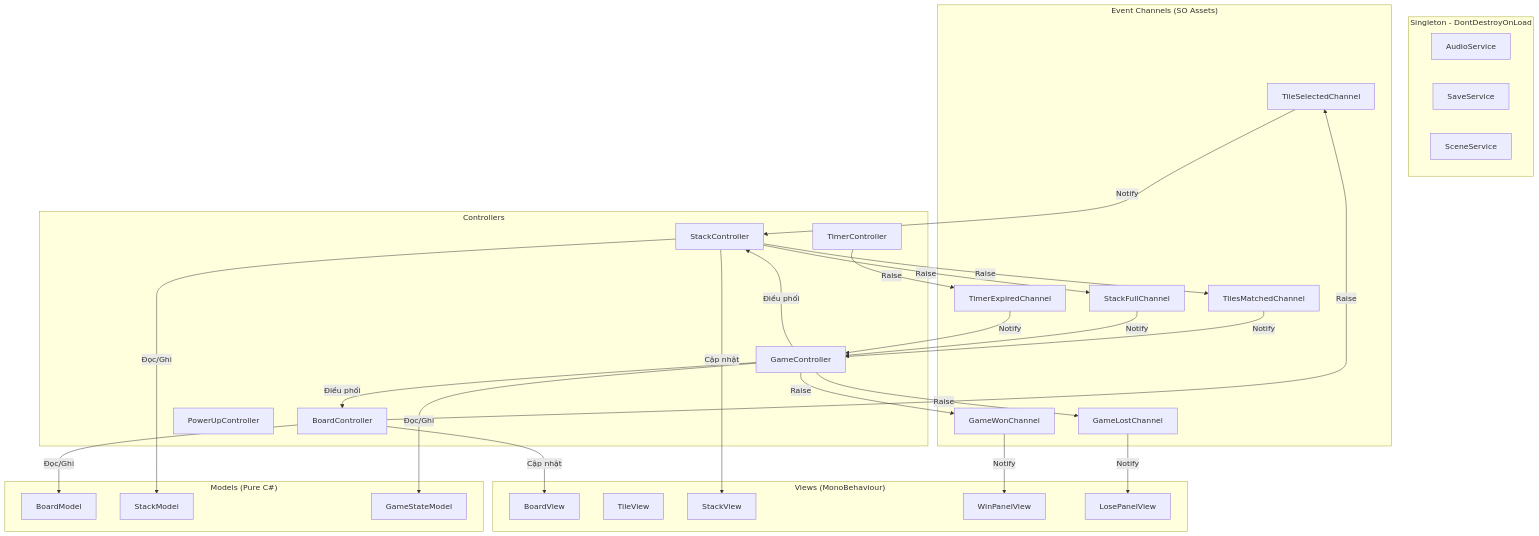
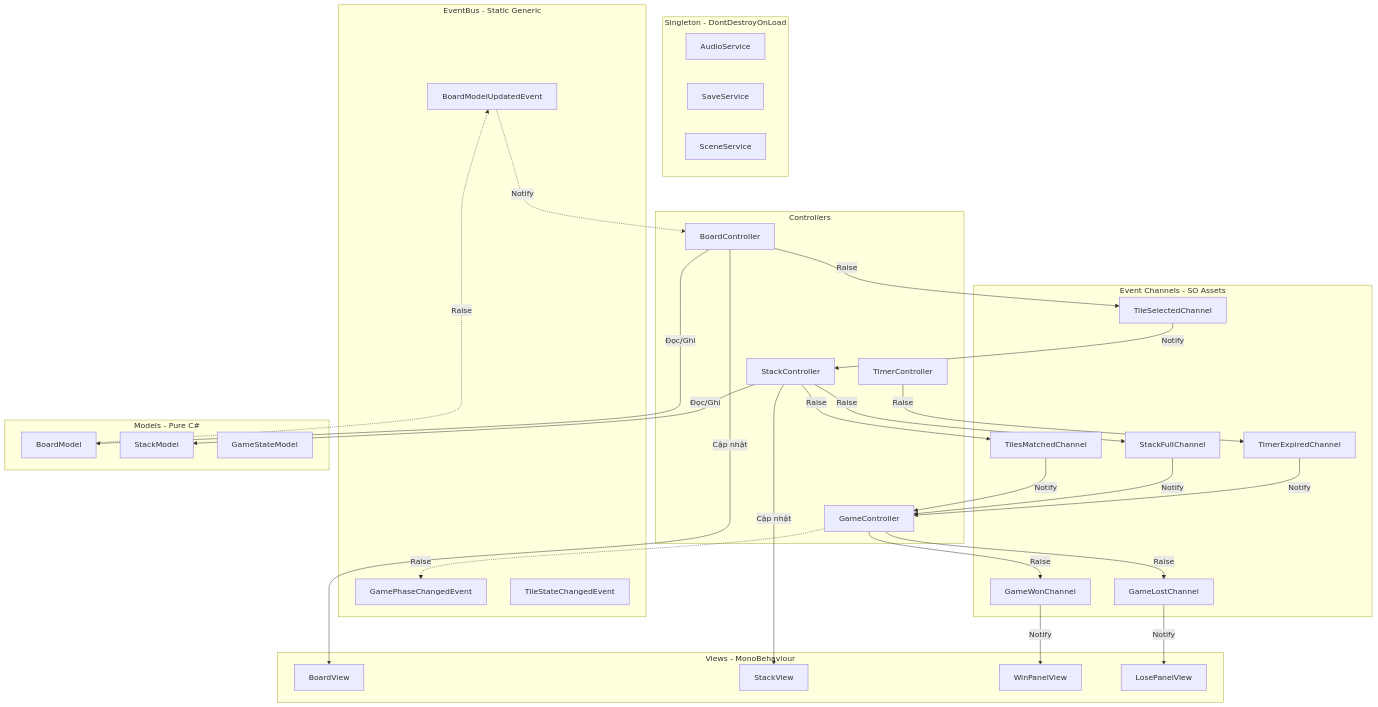
One commit to gcc-dtung/Pirate-Tiles changed the third of 3 diagrams in Assets/Documents/DOCS_PROJECT_STRUCTURE.md. Above: the diagram before and after it, drawn with Mermaid. The commit also changed other lines of this file and 62 other files, not shown here.

Commit message:
update : Add event bus, fix document

````diff
--- a/Assets/Documents/DOCS_PROJECT_STRUCTURE.md
+++ b/Assets/Documents/DOCS_PROJECT_STRUCTURE.md
@@ -370,59 +261,63 @@
 ```mermaid
 graph TB
     subgraph "Singleton - DontDestroyOnLoad"
         AS[AudioService]
         SVS[SaveService]
         SCS[SceneService]
     end
 
-    subgraph "Event Channels (SO Assets)"
+    subgraph "EventBus - Static Generic"
+        GPE["GamePhaseChangedEvent"]
+        TSE["TileStateChangedEvent"]
+        BME["BoardModelUpdatedEvent"]
+    end
+
+    subgraph "Event Channels - SO Assets"
         TSC[TileSelectedChannel]
         TMC[TilesMatchedChannel]
         GWC[GameWonChannel]
         GLC[GameLostChannel]
         SFC[StackFullChannel]
         TEC[TimerExpiredChannel]
     end
 
     subgraph "Controllers"
         GC[GameController]
         BC[BoardController]
         SC[StackController]
-        PC[PowerUpController]
         TC[TimerController]
     end
 
-    subgraph "Models (Pure C#)"
+    subgraph "Models - Pure C#"
         BM[BoardModel]
         SM[StackModel]
         GSM[GameStateModel]
     end
 
-    subgraph "Views (MonoBehaviour)"
+    subgraph "Views - MonoBehaviour"
         BV[BoardView]
-        TV[TileView]
         SVW[StackView]
         WPV[WinPanelView]
         LPV[LosePanelView]
     end
 
     BC -->|Đọc/Ghi| BM
     BC -->|Cập nhật| BV
     BC -->|Raise| TSC
+    BM -.->|Raise| BME
+    BME -.->|Notify| BC
     SC -->|Đọc/Ghi| SM
     SC -->|Cập nhật| SVW
     TSC -->|Notify| SC
     SC -->|Raise| TMC
     SC -->|Raise| SFC
     TMC -->|Notify| GC
     SFC -->|Notify| GC
     TEC -->|Notify| GC
     GC -->|Raise| GWC
     GC -->|Raise| GLC
+    GC -.->|Raise| GPE
     GWC -->|Notify| WPV
     GLC -->|Notify| LPV
     TC -->|Raise| TEC
-    GC -->|Điều phối| BC
-    GC -->|Điều phối| SC
-    GC -->|Đọc/Ghi| GSM
 ```
````
